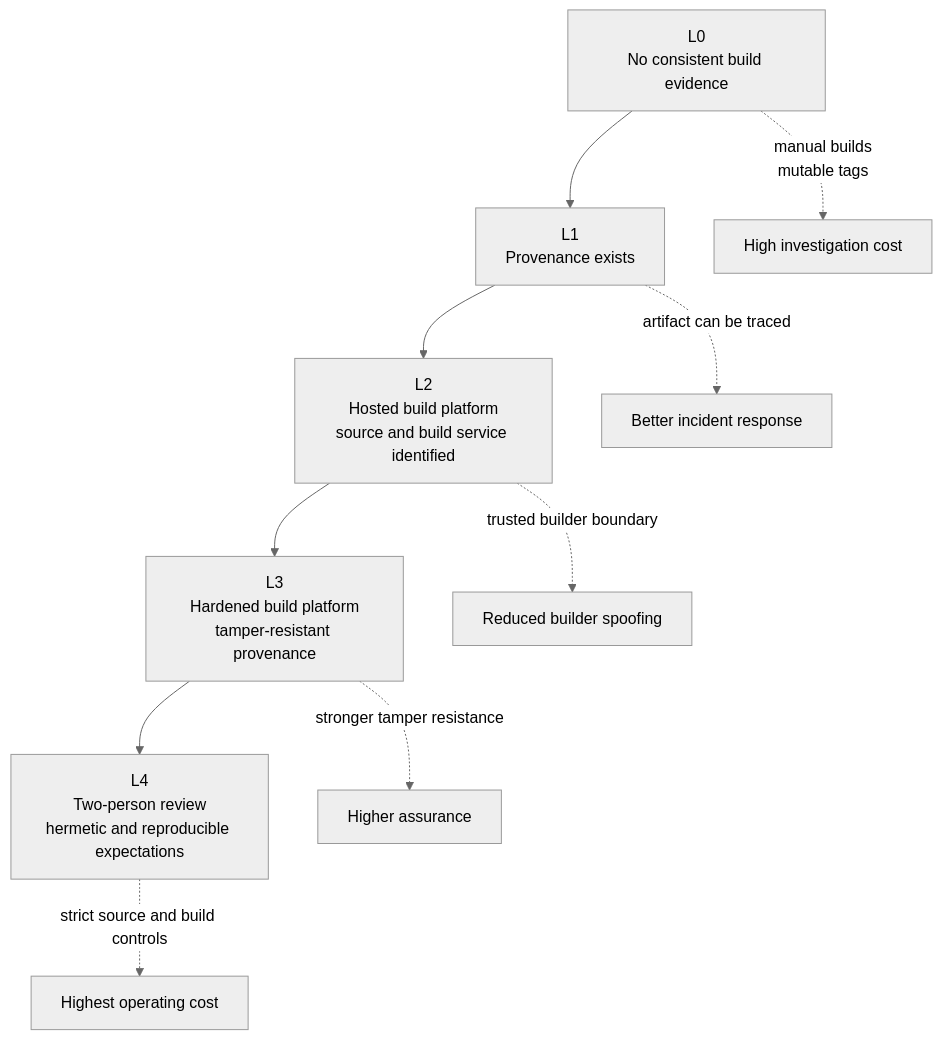
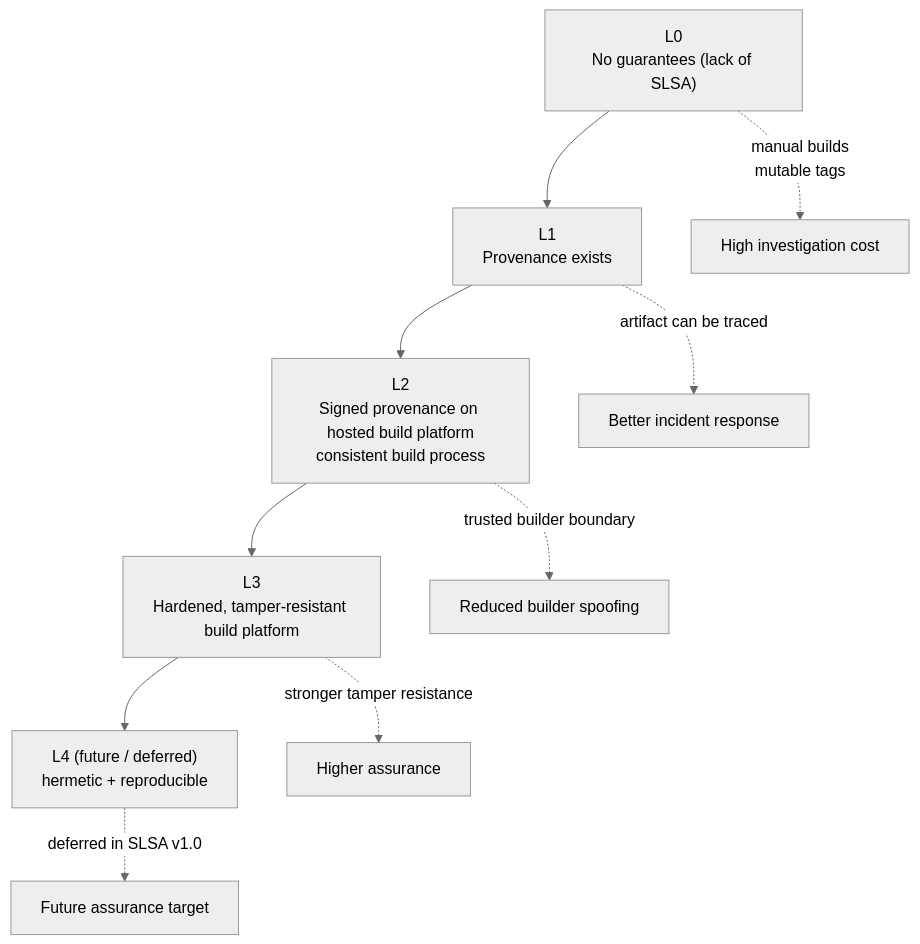
The second of 2 diagrams in src/content/docs/k8s/kcsa/part4-threat-model/module-4.4-supply-chain.md (kube-dojo/kube-dojo), drawn with Mermaid (neutral theme) before and after one commit. The commit also changed other lines of this file and 3 other files, not shown here.

````diff
--- a/src/content/docs/k8s/kcsa/part4-threat-model/module-4.4-supply-chain.md
+++ b/src/content/docs/k8s/kcsa/part4-threat-model/module-4.4-supply-chain.md
@@ -114,13 +114,13 @@
 ```mermaid
 flowchart TD
-    l0["L0\nNo consistent build evidence"] --> l1["L1\nProvenance exists"]
-    l1 --> l2["L2\nHosted build platform\nsource and build service identified"]
-    l2 --> l3["L3\nHardened build platform\ntamper-resistant provenance"]
-    l3 --> l4["L4\nTwo-person review\nhermetic and reproducible expectations"]
+    l0["L0\nNo guarantees (lack of SLSA)"] --> l1["L1\nProvenance exists"]
+    l1 --> l2["L2\nSigned provenance on hosted build platform\nconsistent build process"]
+    l2 --> l3["L3\nHardened, tamper-resistant build platform"]
+    l3 --> l4["L4 (future / deferred)\nhermetic + reproducible"]
 
     l0 -. "manual builds\nmutable tags" .-> risk0["High investigation cost"]
     l1 -. "artifact can be traced" .-> risk1["Better incident response"]
     l2 -. "trusted builder boundary" .-> risk2["Reduced builder spoofing"]
     l3 -. "stronger tamper resistance" .-> risk3["Higher assurance"]
-    l4 -. "strict source and build controls" .-> risk4["Highest operating cost"]
+    l4 -. "deferred in SLSA v1.0" .-> risk4["Future assurance target"]
 ```
````
